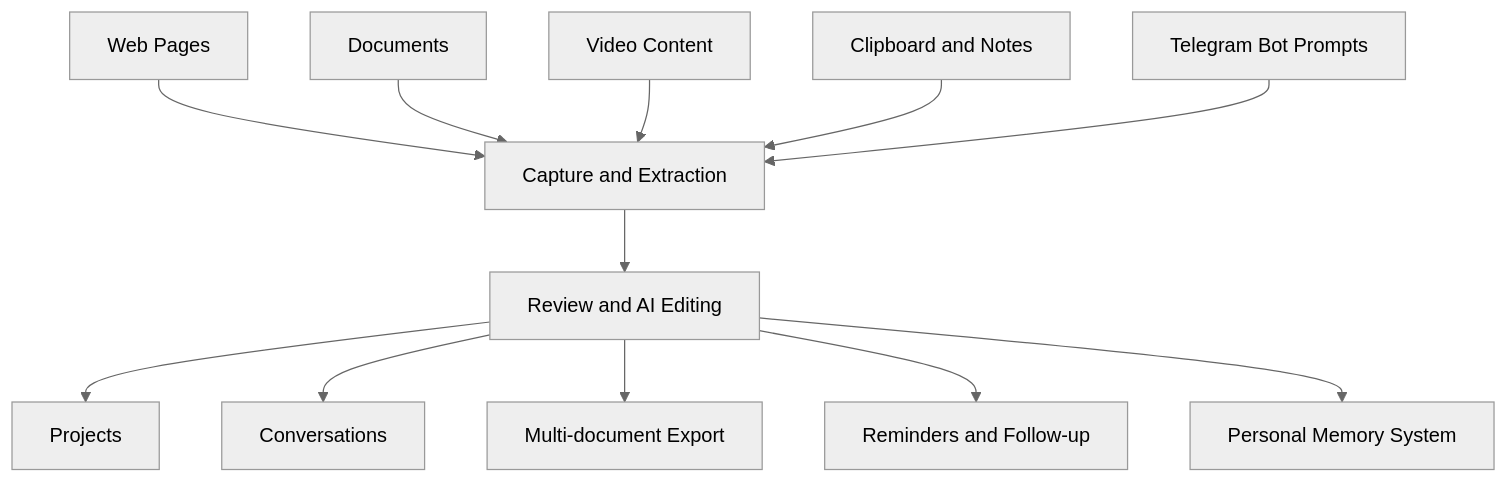
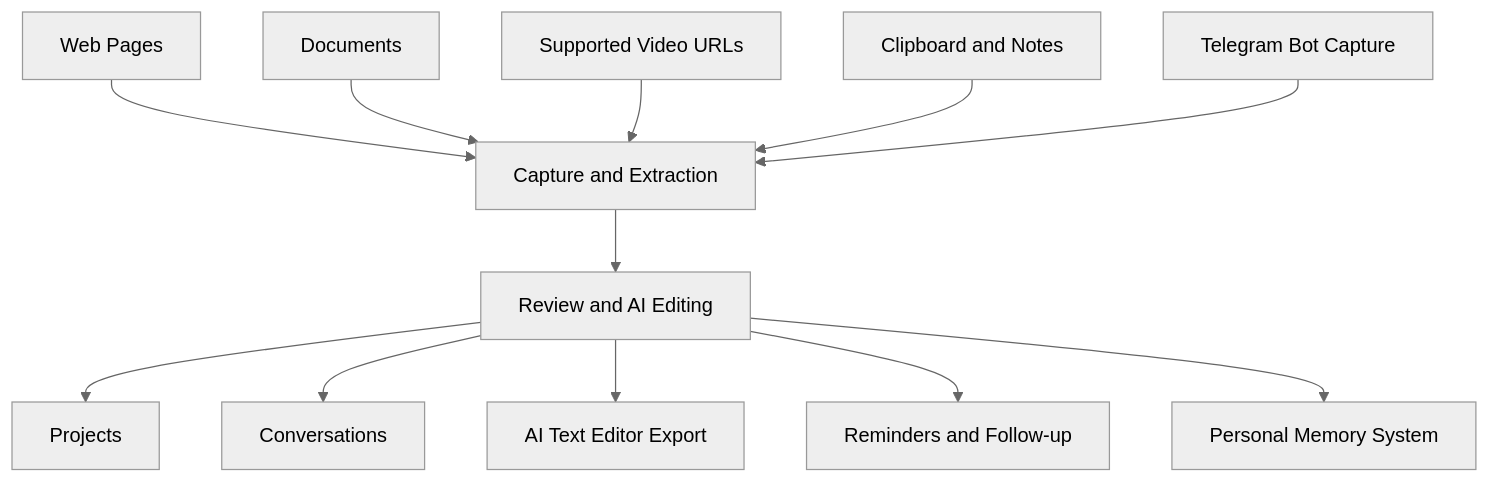
The first of 2 diagrams in README.md (3k1c/insightcap-community), drawn with Mermaid (neutral theme) before and after one commit. The commit also changed other lines of this file and 1 other file, not shown here.

````diff
--- a/README.md
+++ b/README.md
@@ -52,15 +53,15 @@
 ```mermaid
 flowchart TD
     A1[Web Pages] --> B[Capture and Extraction]
     A2[Documents] --> B
-    A3[Video Content] --> B
+    A3[Supported Video URLs] --> B
     A4[Clipboard and Notes] --> B
-    A5[Telegram Bot Prompts] --> B
+    A5[Telegram Bot Capture] --> B
 
     B --> C[Review and AI Editing]
     C --> D1[Projects]
     C --> D2[Conversations]
-    C --> D3[Multi-document Export]
+    C --> D3[AI Text Editor Export]
     C --> D4[Reminders and Follow-up]
     C --> E[Personal Memory System]
 ```
````
